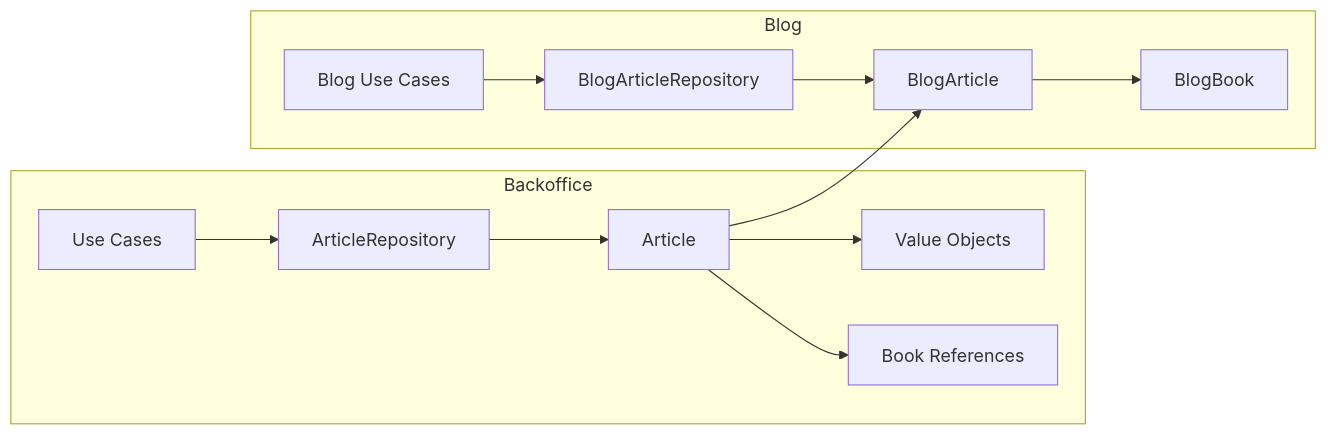
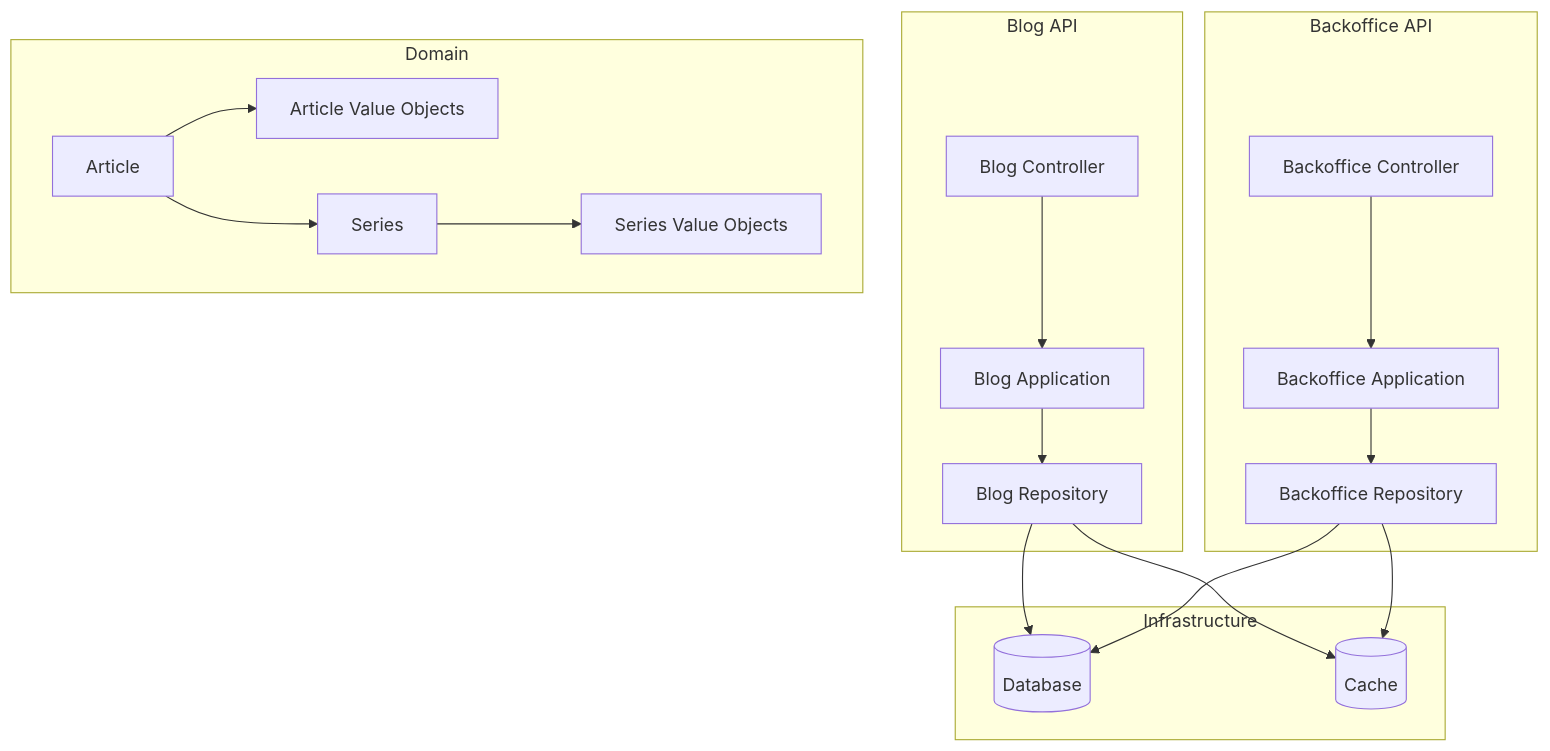
Before and after one commit to pertutatis/personal-web-backend: the first of 3 diagrams in docs/memory-bank/systemPatterns.md, drawn with Mermaid. The commit also changed other lines of this file and 4 other files, not shown here.

````diff
--- a/docs/memory-bank/systemPatterns.md
+++ b/docs/memory-bank/systemPatterns.md
@@ -113,17 +10,41 @@
 ```mermaid
-flowchart LR
-    subgraph Backoffice
-        A[Article] --> AVO[Value Objects]
-        A --> B[Book References]
-        AR[ArticleRepository] --> A
-        UC[Use Cases] --> AR
+graph TD
+    subgraph Blog API
+        BC[Blog Controller]
+        BA[Blog Application]
+        BR[Blog Repository]
     end
 
-    subgraph Blog
-        BA[BlogArticle] --> BB[BlogBook]
-        BAR[BlogArticleRepository] --> BA
-        BUC[Blog Use Cases] --> BAR
+    subgraph Backoffice API
+        BOC[Backoffice Controller]
+        BOA[Backoffice Application]
+        BOR[Backoffice Repository]
     end
 
-    A --> BA
+    subgraph Domain
+        A[Article]
+        S[Series]
+        VOS[Series Value Objects]
+        VOA[Article Value Objects]
+    end
+
+    subgraph Infrastructure
+        DB[(Database)]
+        Cache[(Cache)]
+    end
+
+    BC --> BA
+    BA --> BR
+    BR --> DB
+
+    BOC --> BOA
+    BOA --> BOR
+    BOR --> DB
+
+    A --> VOA
+    S --> VOS
+    A --> S
+
+    BR --> Cache
+    BOR --> Cache
 ```
````
